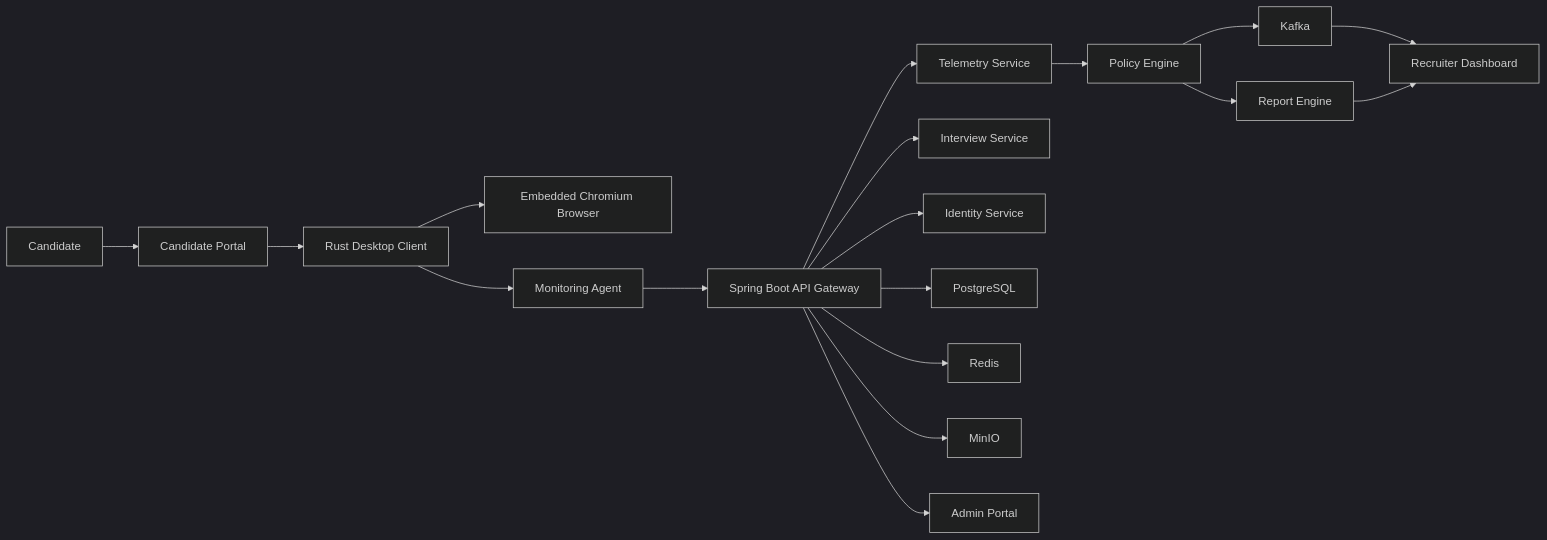
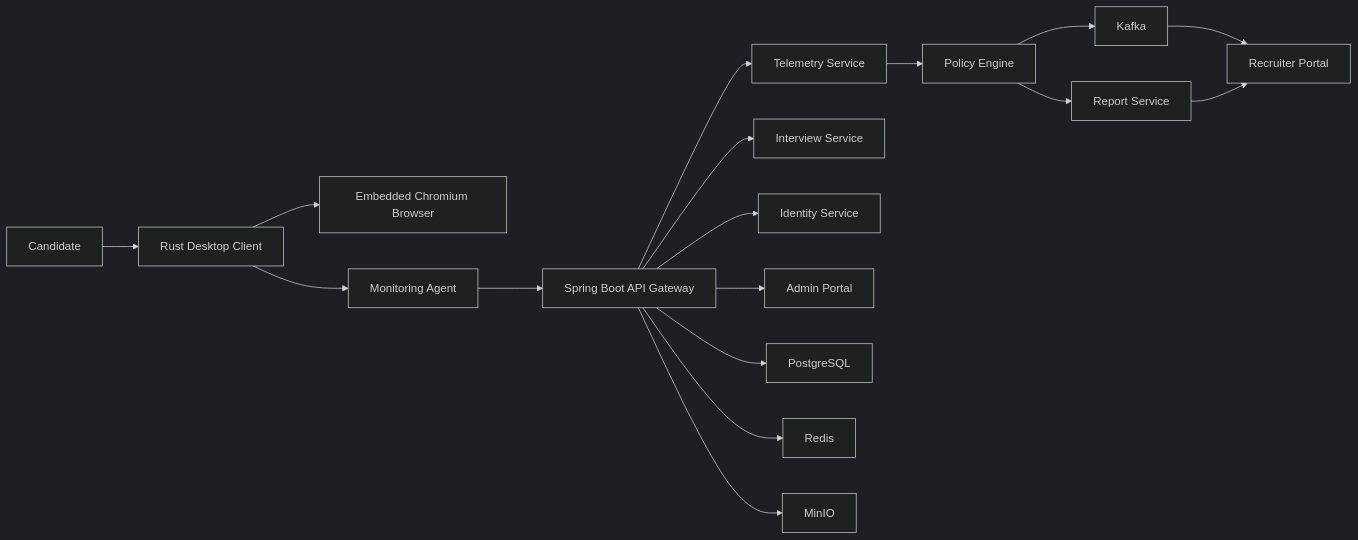
One commit to sandipsmahajan/Interview-Integrity-Platform changed the diagram in docs/diagrams/architecture.mmd. Above: the diagram before and after it, drawn with Mermaid (dark theme). The commit also changed 5 other files, not shown here.

First line of the commit message:
docs: sync API contract, ADRs and diagram with the implemented system

```diff
--- a/docs/diagrams/architecture.mmd
+++ b/docs/diagrams/architecture.mmd
@@ -1,18 +1,17 @@
 flowchart LR
-  Candidate["Candidate"] --> Portal["Candidate Portal"]
-  Portal --> Client["Rust Desktop Client"]
+  Candidate["Candidate"] --> Client["Rust Desktop Client"]
   Client --> Browser["Embedded Chromium Browser"]
   Client --> Agent["Monitoring Agent"]
   Agent --> API["Spring Boot API Gateway"]
   API --> Telemetry["Telemetry Service"]
   API --> Interview["Interview Service"]
   API --> Identity["Identity Service"]
+  API --> Admin["Admin Portal"]
   Telemetry --> Policy["Policy Engine"]
   Policy --> Kafka["Kafka"]
   API --> Postgres["PostgreSQL"]
   API --> Redis["Redis"]
   API --> MinIO["MinIO"]
-  Kafka --> Recruiter["Recruiter Dashboard"]
-  API --> Admin["Admin Portal"]
-  Policy --> Report["Report Engine"]
+  Kafka --> Recruiter["Recruiter Portal"]
+  Policy --> Report["Report Service"]
   Report --> Recruiter
```
